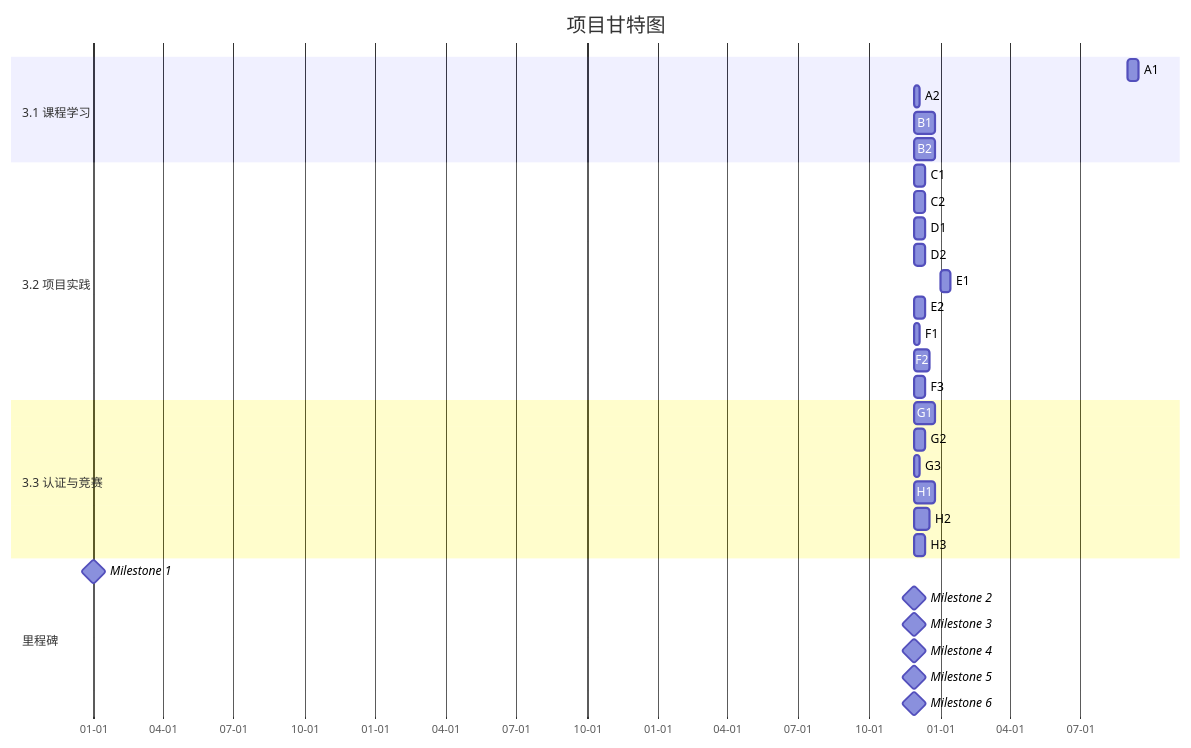
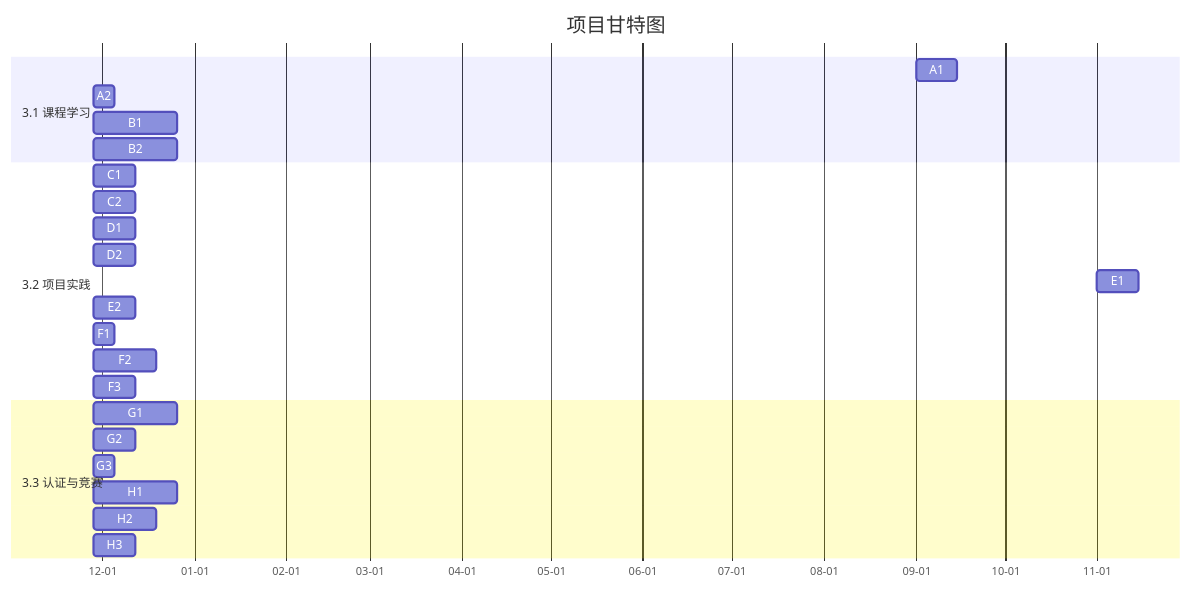
Before and after one commit to XinXing3/iodraw-files: the diagram in all/代码甘特图.md, drawn with Mermaid.

Commit message:
2025-11-28 15:48:57 update

````diff
--- a/all/代码甘特图.md
+++ b/all/代码甘特图.md
@@ -1,40 +1,34 @@
 ```mermaid
 gantt
     title 项目甘特图
     dateFormat YYYY-MM-DD
     axisFormat %m-%d
 
     section 3.1 课程学习
     A1: 3.1.1.1, 2026-09-01, 2w
     A2: 3.1.1.2, after A1, 1w
     B1: 3.1.2.1, after A1, 4w
     B2: 3.1.2.2, after B1, 4w
 
     section 3.2 项目实践
     C1: 3.2.1.1, after B2, 2w
     C2: 3.2.1.2, after C1, 2w
     D1: 3.2.2.1, after C2, 2w
     D2: 3.2.2.2, after D1, 2w
-    E1: 3.2.3.1, 2026-01-01, 2w
+    E1: 3.2.3.1, 2026-11-01, 2w
     E2: 3.2.3.2, after C2, 2w
     F1: 3.2.4.1, after E2, 1w
     F2: 3.2.4.2, after F1, 3w
     F3: 3.2.4.3, after F2, 2w
 
     section 3.3 认证与竞赛
     G1: 3.3.1.1, after F3, 4w
     G2: 3.3.1.2, after G1, 2w
     G3: 3.3.1.3, after G2, 1w
     H1: 3.3.2.1, after F3, 4w
     H2: 3.3.2.2, after H1, 3w
     H3: 3.3.2.3, after H2, 2w
 
-    section 里程碑
-    Milestone 1: milestone, 2023-01-01, 0d
-    Milestone 2: milestone, after C2, 0d
-    Milestone 3: milestone, after F3, 0d
-    Milestone 4: milestone, after G2, 0d
-    Milestone 5: milestone, after H2, 0d
-    Milestone 6: milestone, after H3, 0d
+    
 
 ```
````
